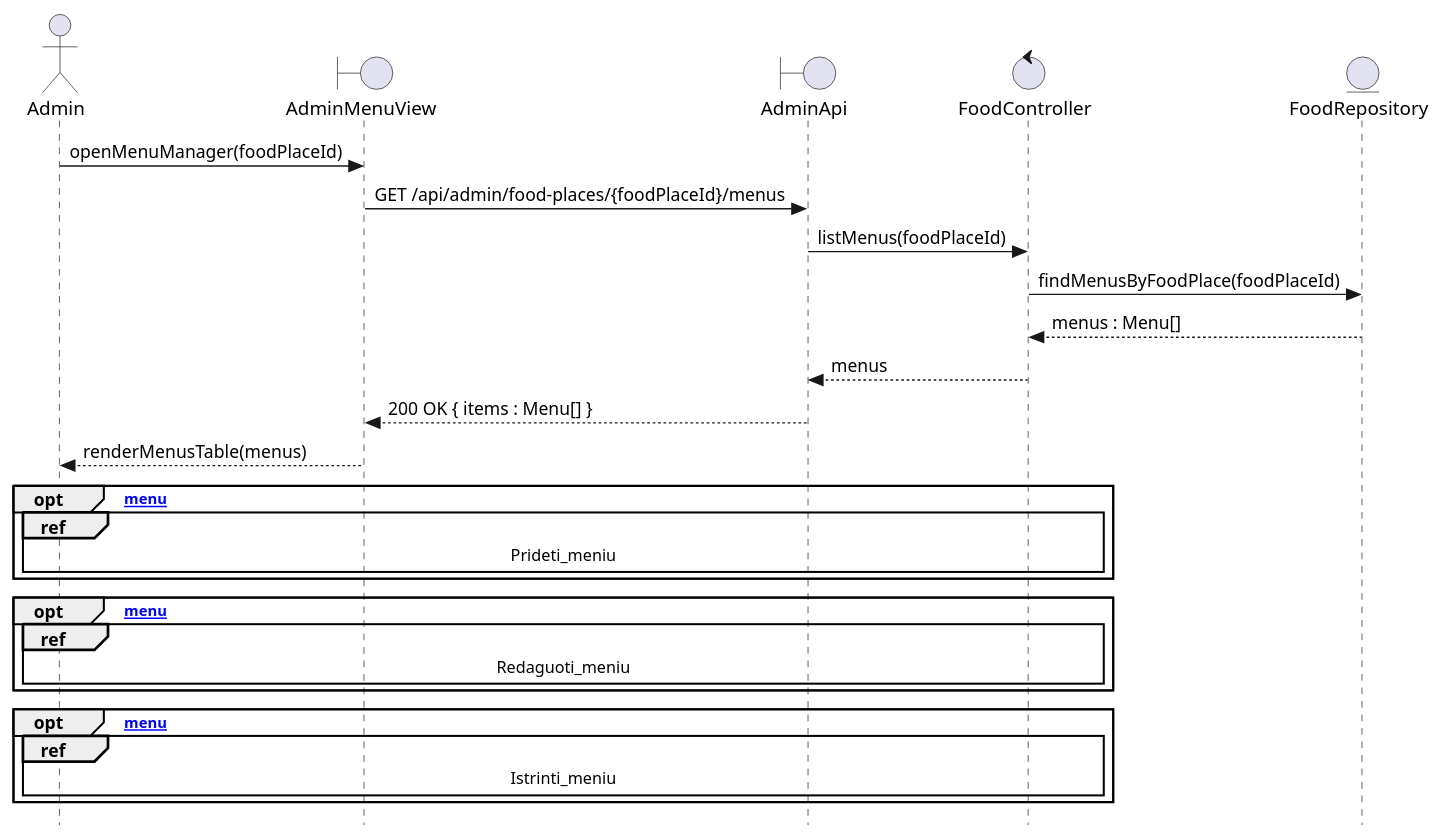
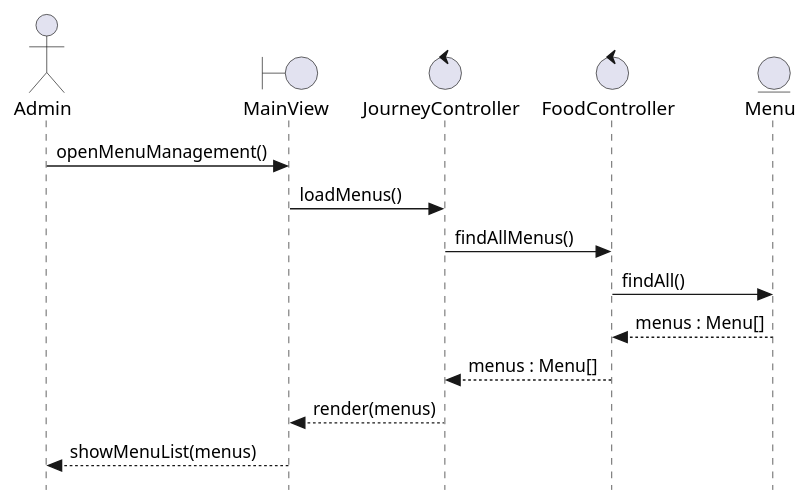
Before and after one commit to SauliusDev/ps-projektas: the diagram in _refs/diagrams-new-quick/sequence/administratoriaus_posisteme/Perziureti_meniu.puml, drawn with PlantUML. The commit also changed 86 other files, not shown here.

First line of the commit message:
feat: rewrite P2 sequence/package diagrams with proper BCE components

```diff
--- a/_refs/diagrams-new-quick/sequence/administratoriaus_posisteme/Perziureti_meniu.puml
+++ b/_refs/diagrams-new-quick/sequence/administratoriaus_posisteme/Perziureti_meniu.puml
@@ -1,30 +1,18 @@
 @startuml Perziureti_meniu
 skinparam style strictuml
 
 actor Admin as A
-boundary AdminMenuView as V
-boundary AdminApi as API
-control FoodController as C
-entity FoodRepository as R
+boundary MainView as V
+control JourneyController as FEC
+control FoodController as BEC
+entity Menu as E
 
-A -> V : openMenuManager(foodPlaceId)
-V -> API : GET /api/admin/food-places/{foodPlaceId}/menus
-API -> C : listMenus(foodPlaceId)
-C -> R : findMenusByFoodPlace(foodPlaceId)
-R --> C : menus : Menu[]
-C --> API : menus
-API --> V : 200 OK { items : Menu[] }
-V --> A : renderMenusTable(menus)
-
-opt [add menu]
-  ref over A, V, API, C : Prideti_meniu
-end
-
-opt [edit menu]
-  ref over A, V, API, C : Redaguoti_meniu
-end
-
-opt [delete menu]
-  ref over A, V, API, C : Istrinti_meniu
-end
+A -> V : openMenuManagement()
+V -> FEC : loadMenus()
+FEC -> BEC : findAllMenus()
+BEC -> E : findAll()
+E --> BEC : menus : Menu[]
+BEC --> FEC : menus : Menu[]
+FEC --> V : render(menus)
+V --> A : showMenuList(menus)
 @enduml
```
